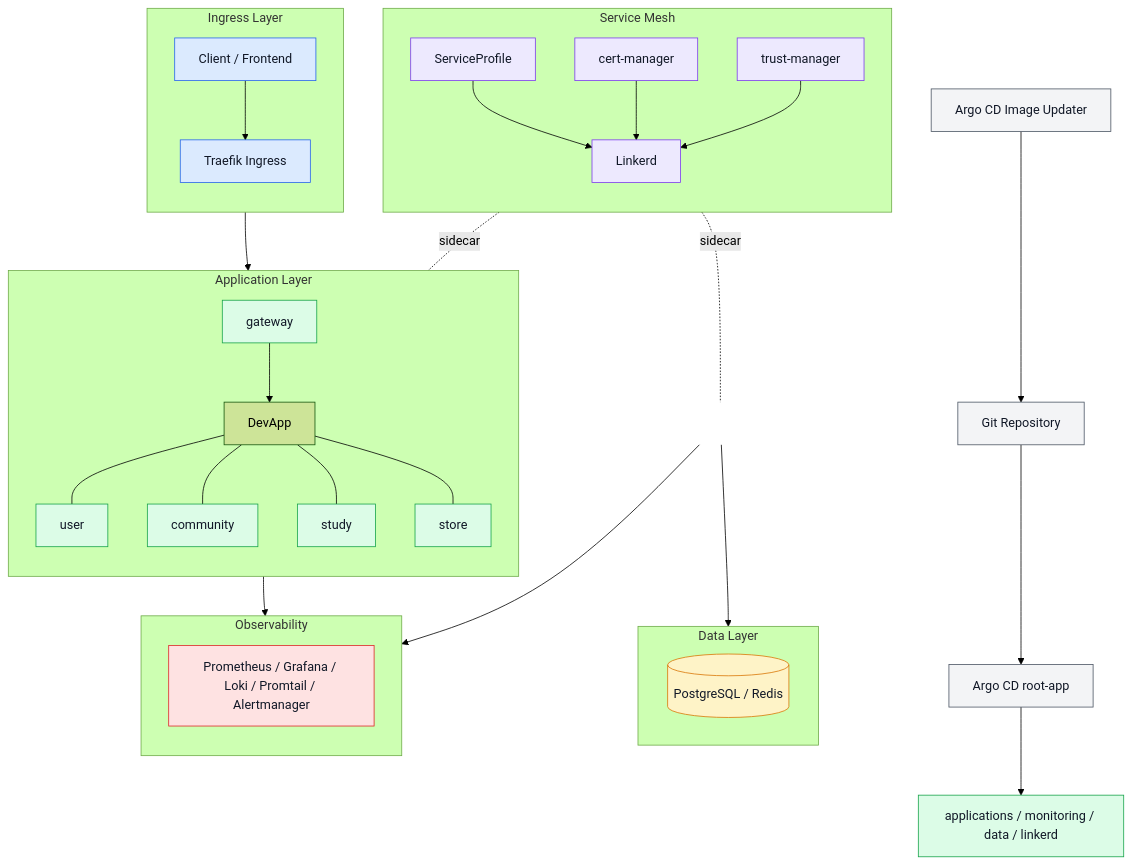
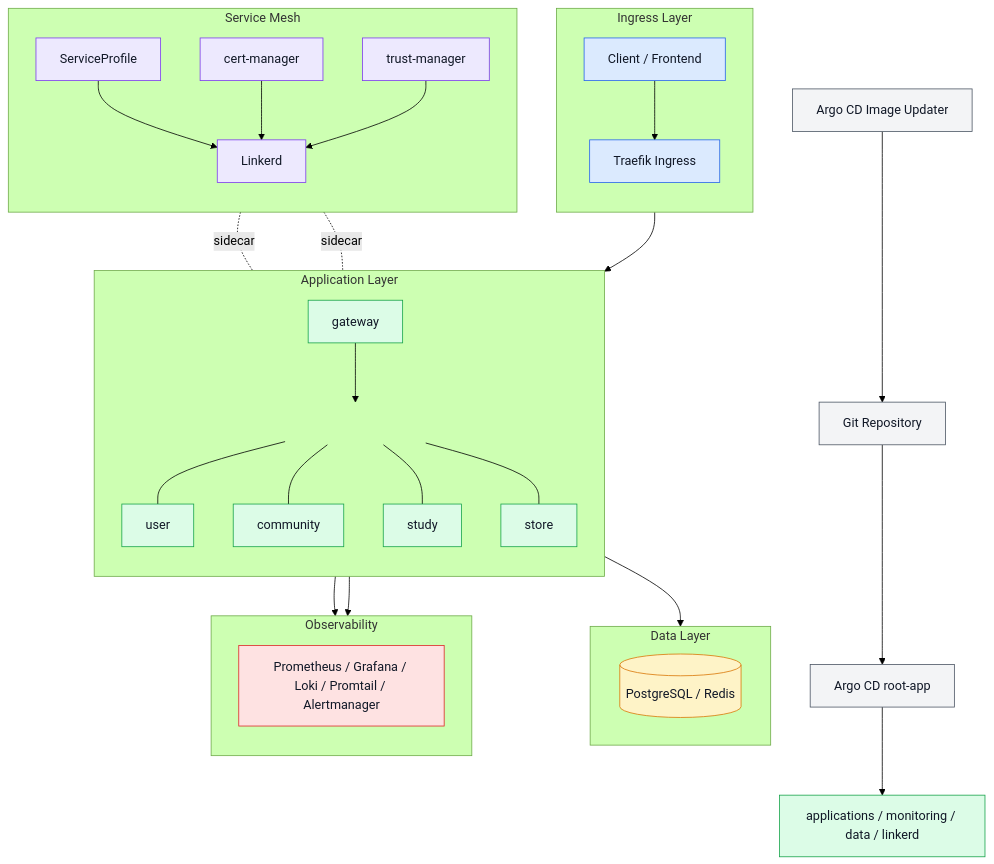
Before and after one commit to checkMateit/checkmate-kubernetes: the diagram in README.md, drawn with Mermaid (forest theme). The commit also changed other lines of this file, not shown here.

````diff
--- a/README.md
+++ b/README.md
@@ -16,81 +16,81 @@
 ```mermaid
 flowchart TD
     classDef gitops fill:#f3f4f6,stroke:#4b5563,color:#111827,stroke-width:1px;
     classDef ingress fill:#dbeafe,stroke:#2563eb,color:#111827,stroke-width:1px;
     classDef app fill:#dcfce7,stroke:#16a34a,color:#111827,stroke-width:1px;
     classDef data fill:#fef3c7,stroke:#d97706,color:#111827,stroke-width:1px;
     classDef mesh fill:#ede9fe,stroke:#7c3aed,color:#111827,stroke-width:1px;
     classDef obs fill:#fee2e2,stroke:#dc2626,color:#111827,stroke-width:1px;
 
     Repo[Git Repository]
     ImageUpdater[Argo CD Image Updater]
     ArgoCD[Argo CD root-app]
 
     Repo --> ArgoCD
     ImageUpdater --> Repo
 
     subgraph Ingress["Ingress Layer"]
         direction TB
         Client[Client / Frontend]
         Traefik[Traefik Ingress]
         Client --> Traefik
     end
 
     subgraph App["Application Layer"]
         direction TB
         Gateway[gateway]
        
-        DevApp[DevApp]
+        DevApp[Internal Services]
         User[user]
         Community[community]
         Study[study]
         Store[store]
 
         Traefik --> Gateway
       
         Gateway --> DevApp
         DevApp--- User
         DevApp --- Community
         DevApp --- Study
         DevApp --- Store
     end
 
     subgraph Data["Data Layer"]
         direction LR
         DataStore[(PostgreSQL / Redis)]
     end
 
-    AppHub --> DataStore
+    DevApp --> DataStore
 
     subgraph Mesh["Service Mesh"]
         direction TB
         Linkerd[Linkerd]
         ServiceProfile[ServiceProfile]
         CertManager[cert-manager]
         TrustManager[trust-manager]
     end
 
     Linkerd -. sidecar .- Gateway
-    Linkerd -. sidecar .- AppHub
+    Linkerd -. sidecar .- DevApp
     ServiceProfile --> Linkerd
     CertManager --> Linkerd
     TrustManager --> Linkerd
 
     subgraph Obs["Observability"]
         direction TB
         Monitoring[Prometheus / Grafana / Loki / Promtail / Alertmanager]
     end
 
     Gateway --> Monitoring
-    AppHub --> Monitoring
+    DevApp --> Monitoring
 
     ArgoCD --> Platform[applications / monitoring / data / linkerd]
 
     class Repo,ImageUpdater,ArgoCD gitops;
     class Client,Traefik ingress;
     class Gateway,User,Community,Study,Store,Platform app;
     class DataStore data;
     class Linkerd,ServiceProfile,CertManager,TrustManager mesh;
     class Monitoring obs;
-    style AppHub fill:transparent,stroke:transparent,color:transparent;
+    style DevApp fill:transparent,stroke:transparent,color:transparent;
 ```
````
